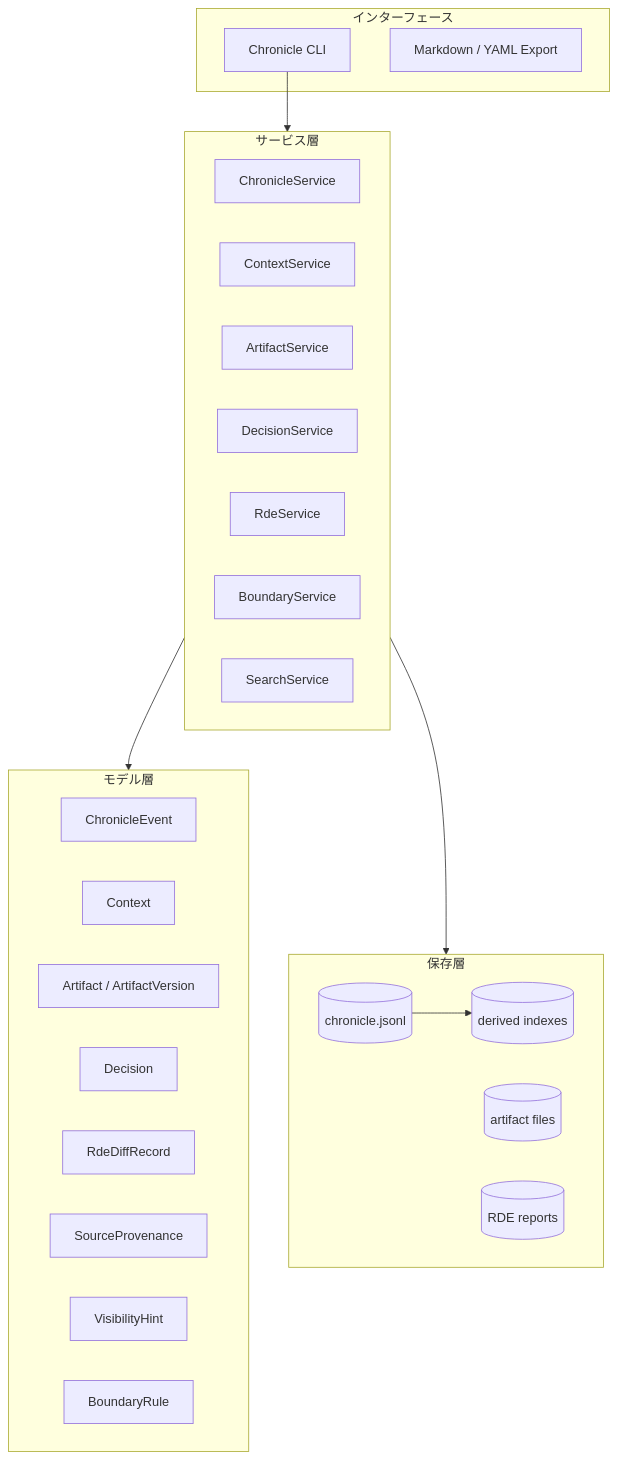
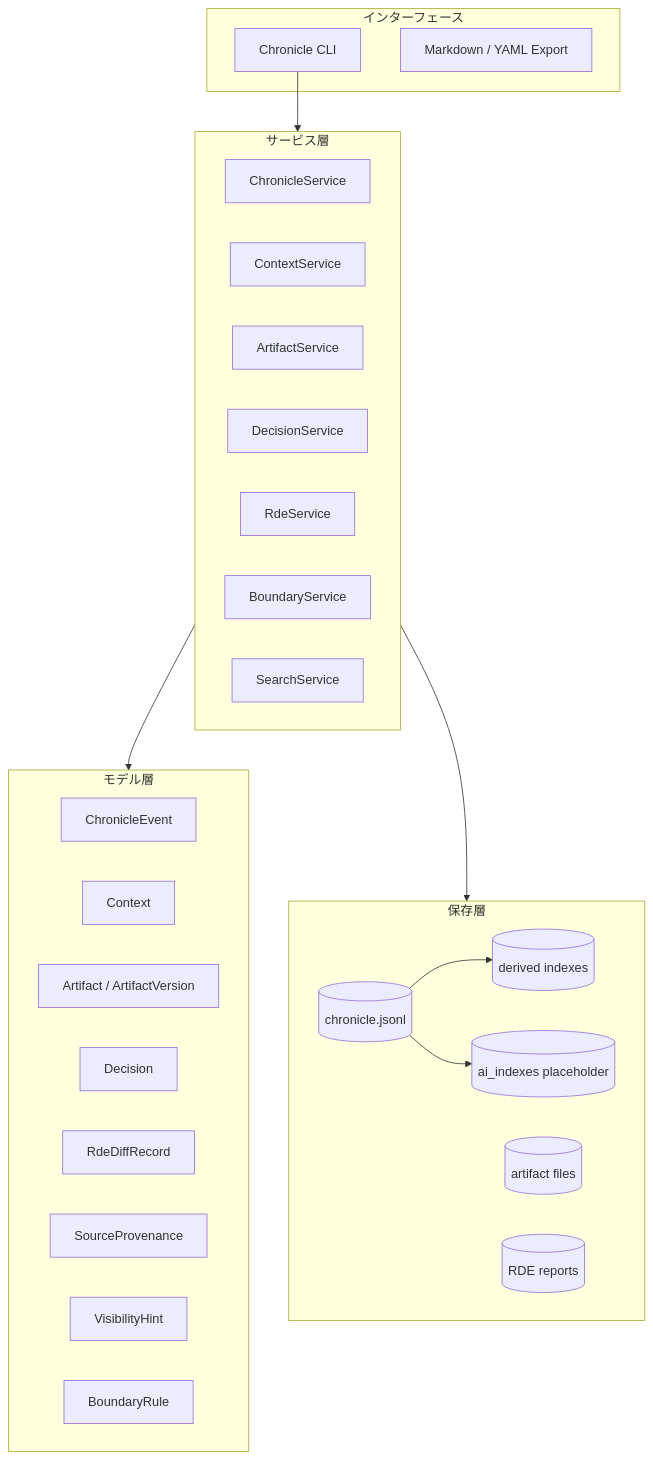
One commit to zyx-corporation/chronicle-stack changed the second of 3 diagrams in docs/architecture.md. Above: the diagram before and after it, drawn with Mermaid. The commit also changed other lines of this file and 39 other files, not shown here.

````diff
--- a/docs/architecture.md
+++ b/docs/architecture.md
@@ -43,40 +47,42 @@
 ```mermaid
 flowchart TB
     subgraph Interface[インターフェース]
         CLI[Chronicle CLI]
         OUT[Markdown / YAML Export]
     end
 
     subgraph Services[サービス層]
         CHRON[ChronicleService]
         CONTEXT[ContextService]
         ARTIFACT[ArtifactService]
         DECISION[DecisionService]
         RDES[RdeService]
         BOUNDARY[BoundaryService]
         SEARCH[SearchService]
     end
 
     subgraph Models[モデル層]
         EVENT[ChronicleEvent]
         CTXM[Context]
         ARTM[Artifact / ArtifactVersion]
         DECM[Decision]
         RDEM[RdeDiffRecord]
         SRC[SourceProvenance]
         VIS[VisibilityHint]
         BRM[BoundaryRule]
     end
 
     subgraph Storage[保存層]
         JSONL[(chronicle.jsonl)]
         FILES[(artifact files)]
         REPORTS[(RDE reports)]
         INDEXES[(derived indexes)]
+        AII[(ai_indexes placeholder)]
     end
 
     CLI --> Services
     Services --> Models
     Services --> Storage
     JSONL --> INDEXES
+    JSONL --> AII
 ```
````
